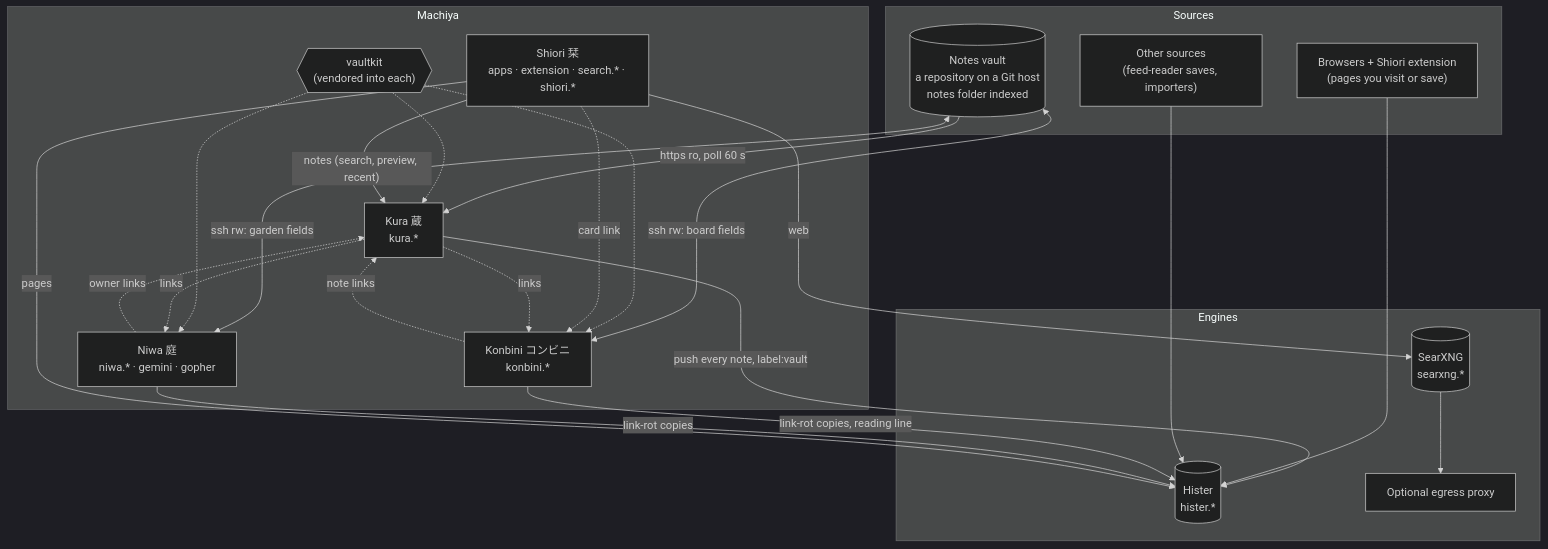
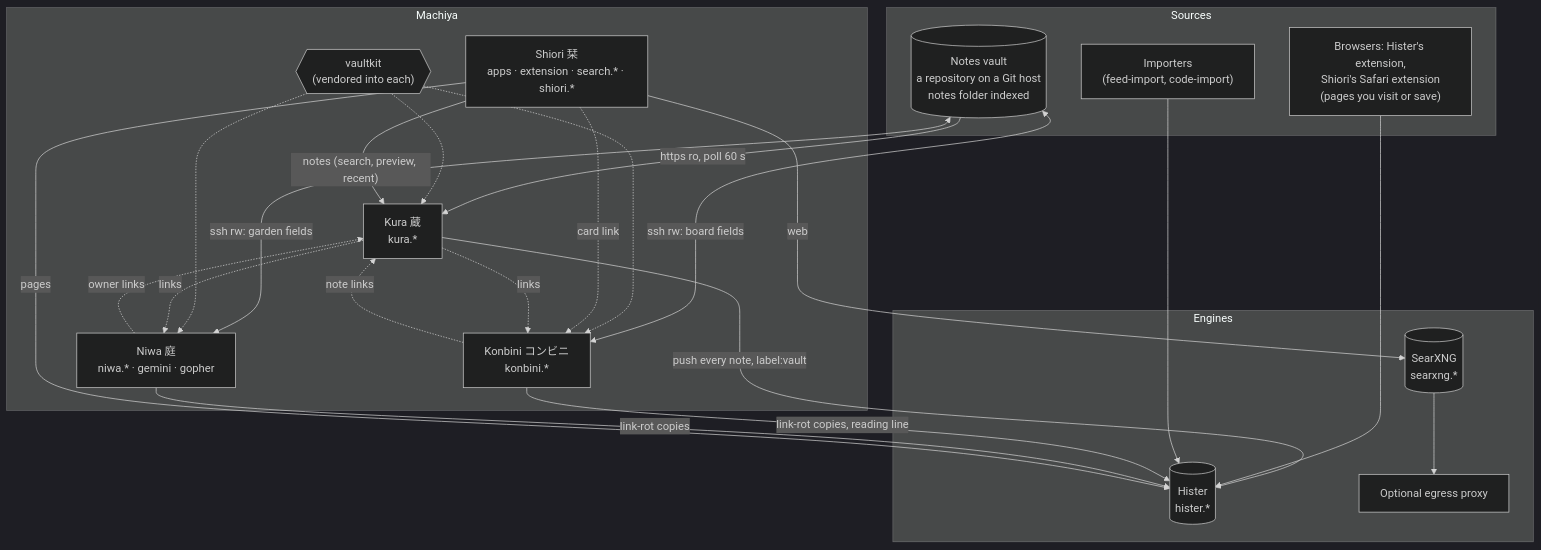
Before and after one commit to machiya-kobo/machiya: the first of 6 diagrams in docs/architecture.md, drawn with Mermaid (dark theme). The commit also changed other lines of this file and 10 other files, not shown here.

````diff
--- a/docs/architecture.md
+++ b/docs/architecture.md
@@ -5,43 +5,43 @@
 ```mermaid
 flowchart TB
     subgraph sources["Sources"]
         vault[("Notes vault<br/>a repository on a Git host<br/>notes folder indexed")]
-        browser["Browsers + Shiori extension<br/>(pages you visit or save)"]
-        other["Other sources<br/>(feed-reader saves, importers)"]
+        browser["Browsers: Hister's extension,<br/>Shiori's Safari extension<br/>(pages you visit or save)"]
+        other["Importers<br/>(feed-import, code-import)"]
     end
 
     subgraph machiya["Machiya"]
         kura["Kura 蔵<br/>kura.*"]
         niwa["Niwa 庭<br/>niwa.* · gemini · gopher"]
         konbini["Konbini コンビニ<br/>konbini.*"]
         shiori["Shiori 栞<br/>apps · extension · search.* · shiori.*"]
         vaultkit{{"vaultkit<br/>(vendored into each)"}}
     end
 
     subgraph engines["Engines"]
         hister[("Hister<br/>hister.*")]
         searx[("SearXNG<br/>searxng.*")]
         proxy["Optional egress proxy"]
     end
 
     vault -->|"https ro, poll 60 s"| kura
     vault <-->|"ssh rw: garden fields"| niwa
     vault <-->|"ssh rw: board fields"| konbini
     vaultkit -.-> kura & niwa & konbini
 
     kura -->|"push every note, label:vault"| hister
     browser --> hister
     other --> hister
     konbini -->|"link-rot copies, reading line"| hister
     niwa -->|"link-rot copies"| hister
 
     shiori -->|pages| hister
     shiori -->|"notes (search, preview, recent)"| kura
     shiori -->|web| searx
     shiori -.->|"card link"| konbini
     searx --> proxy
 
     kura -.->|links| niwa & konbini
     niwa -.->|"owner links"| kura
     konbini -.->|"note links"| kura
 ```
````
